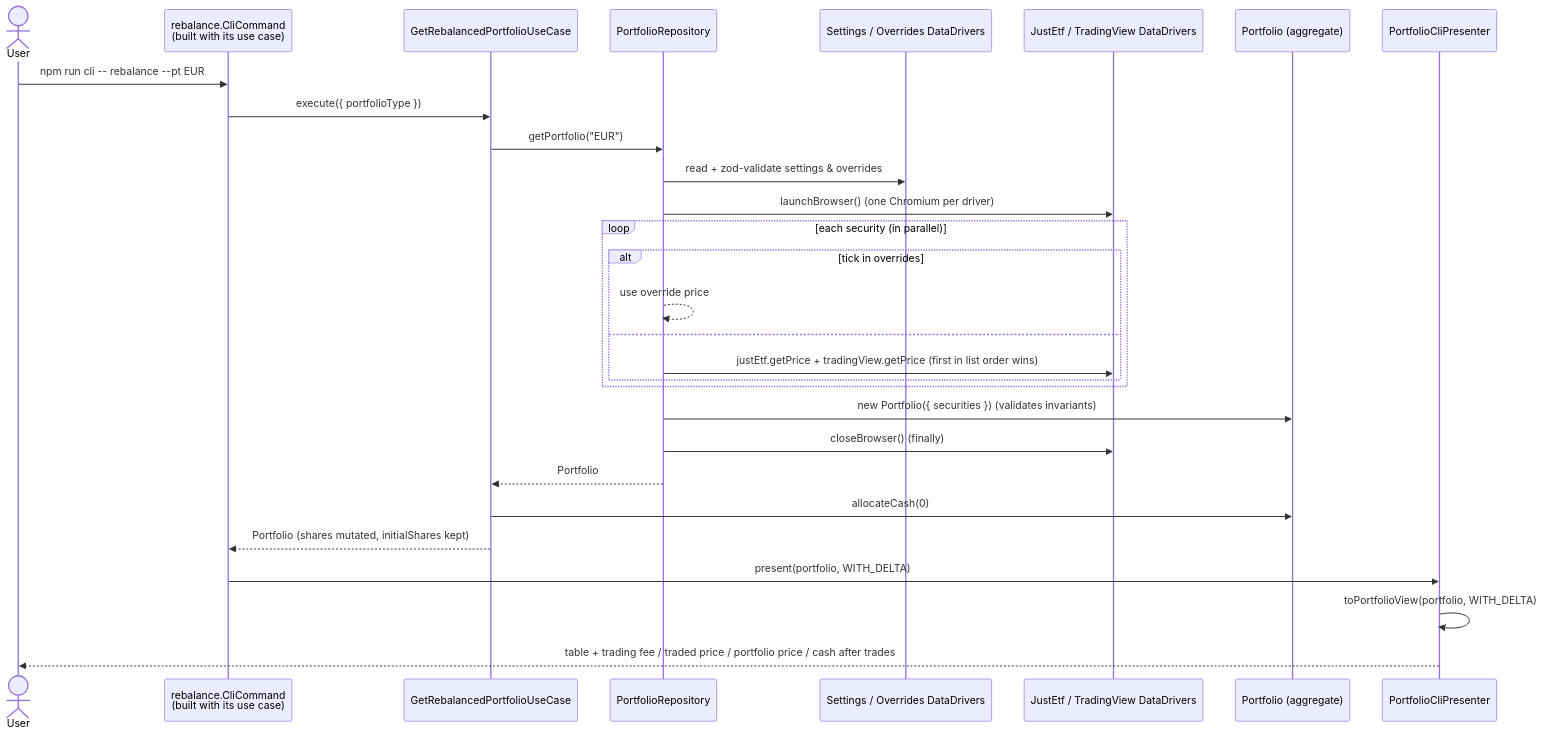
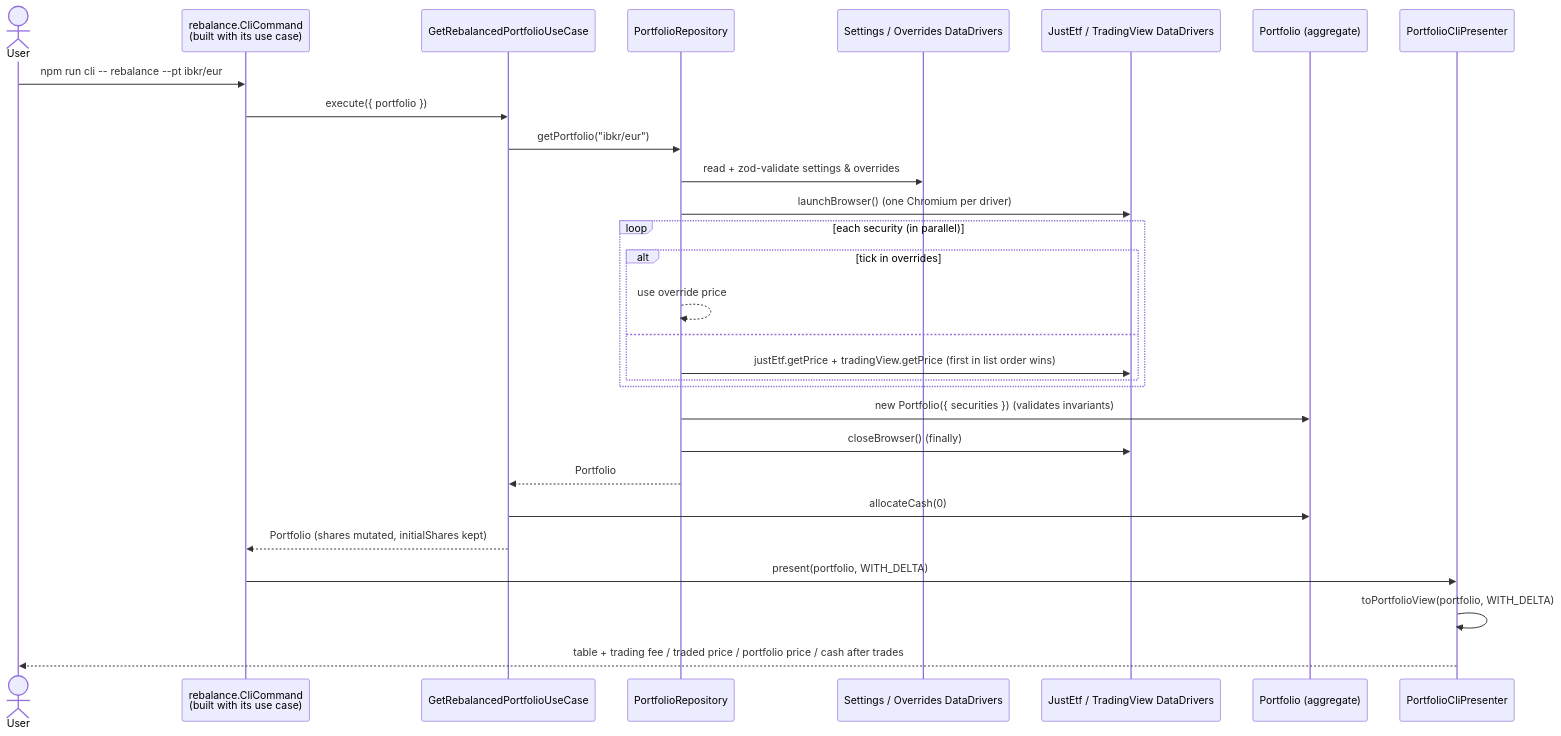
Before and after one commit to armaaar/stock-calc: the third of 3 diagrams in docs/architecture/overview.md, drawn with Mermaid. The commit also changed other lines of this file and 72 other files, not shown here.

````diff
--- a/docs/architecture/overview.md
+++ b/docs/architecture/overview.md
@@ -77,32 +77,32 @@
 ```mermaid
 sequenceDiagram
   actor U as User
   participant C as rebalance.CliCommand<br/>(built with its use case)
   participant UC as GetRebalancedPortfolioUseCase
   participant R as PortfolioRepository
   participant S as Settings / Overrides DataDrivers
   participant P as JustEtf / TradingView DataDrivers
   participant E as Portfolio (aggregate)
   participant V as PortfolioCliPresenter
 
-  U->>C: npm run cli -- rebalance --pt EUR
-  C->>UC: execute({ portfolioType })
-  UC->>R: getPortfolio("EUR")
+  U->>C: npm run cli -- rebalance --pt ibkr/eur
+  C->>UC: execute({ portfolio })
+  UC->>R: getPortfolio("ibkr/eur")
   R->>S: read + zod-validate settings & overrides
   R->>P: launchBrowser() (one Chromium per driver)
   loop each security (in parallel)
     alt tick in overrides
       R-->>R: use override price
     else
       R->>P: justEtf.getPrice + tradingView.getPrice (first in list order wins)
     end
   end
   R->>E: new Portfolio({ securities }) (validates invariants)
   R->>P: closeBrowser() (finally)
   R-->>UC: Portfolio
   UC->>E: allocateCash(0)
   UC-->>C: Portfolio (shares mutated, initialShares kept)
   C->>V: present(portfolio, WITH_DELTA)
   V->>V: toPortfolioView(portfolio, WITH_DELTA)
   V-->>U: table + trading fee / traded price / portfolio price / cash after trades
 ```
````
